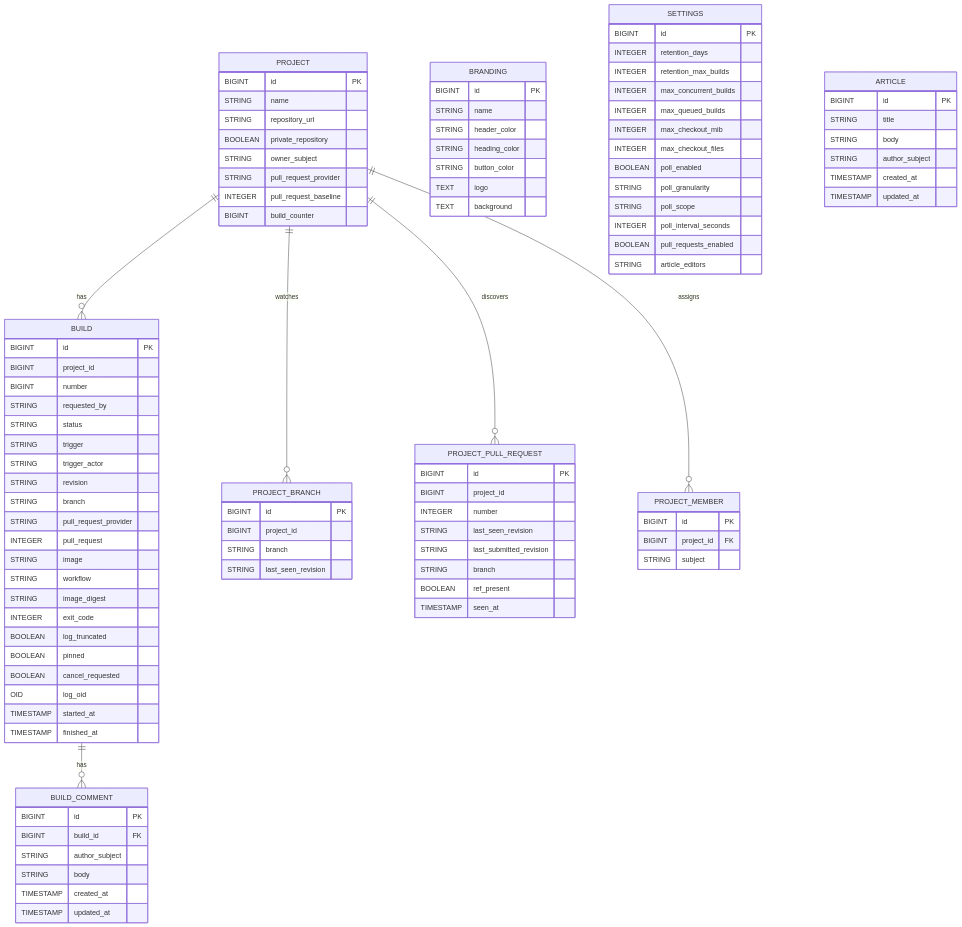
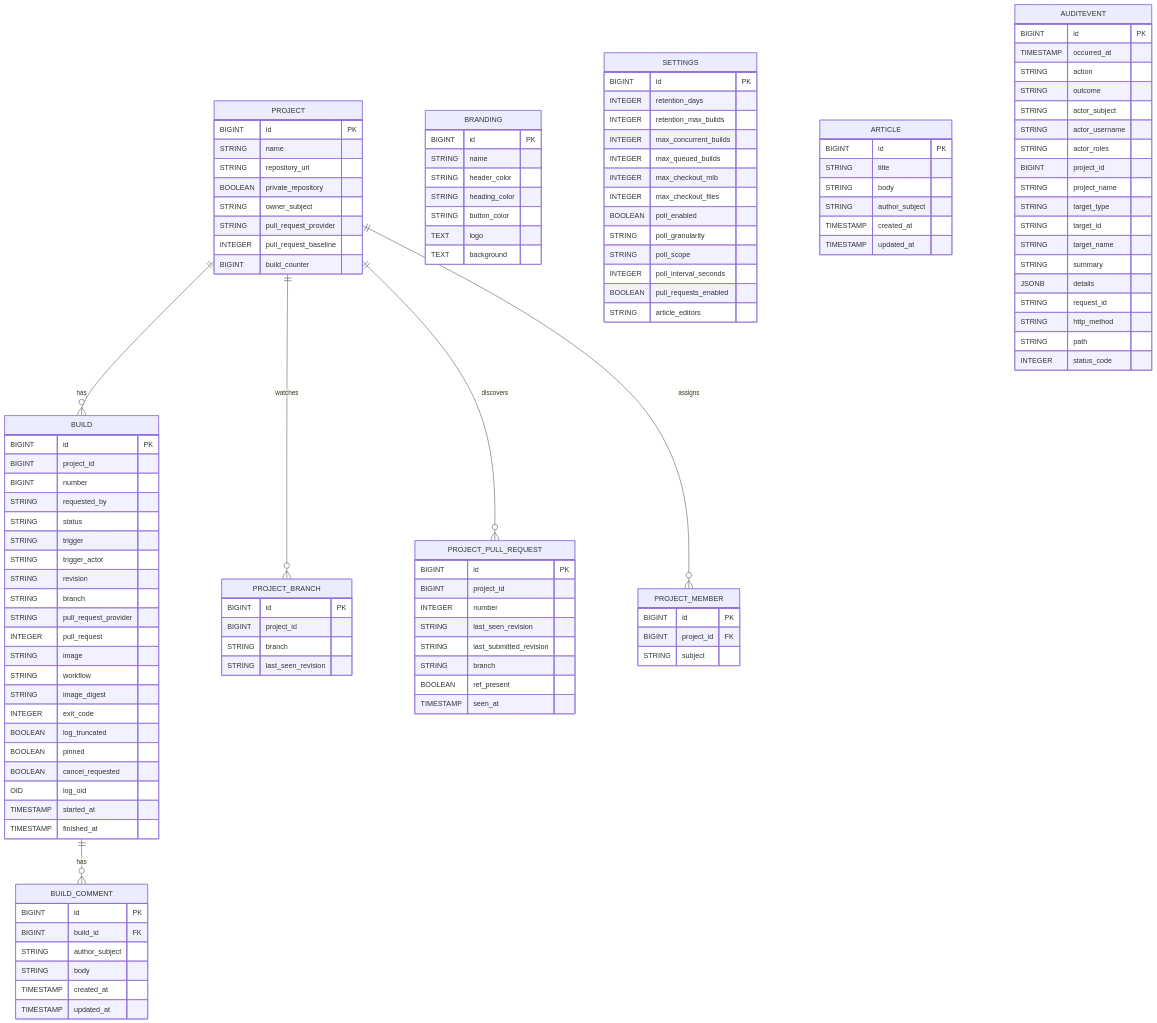
The diagram in docs/entity-diagram.md (Mohamed-Alkafory/cisys), drawn with Mermaid before and after one commit. The commit also changed other lines of this file and 36 other files, not shown here.

```diff
--- a/docs/entity-diagram.md
+++ b/docs/entity-diagram.md
@@ -107,6 +107,27 @@
         TIMESTAMP updated_at
     }
 
+    AUDITEVENT {
+        BIGINT id PK
+        TIMESTAMP occurred_at
+        STRING action
+        STRING outcome
+        STRING actor_subject
+        STRING actor_username
+        STRING actor_roles
+        BIGINT project_id
+        STRING project_name
+        STRING target_type
+        STRING target_id
+        STRING target_name
+        STRING summary
+        JSONB details
+        STRING request_id
+        STRING http_method
+        STRING path
+        INTEGER status_code
+    }
+
     PROJECT ||--o{ BUILD : has
     BUILD ||--o{ BUILD_COMMENT : has
     PROJECT ||--o{ PROJECT_BRANCH : watches
```
